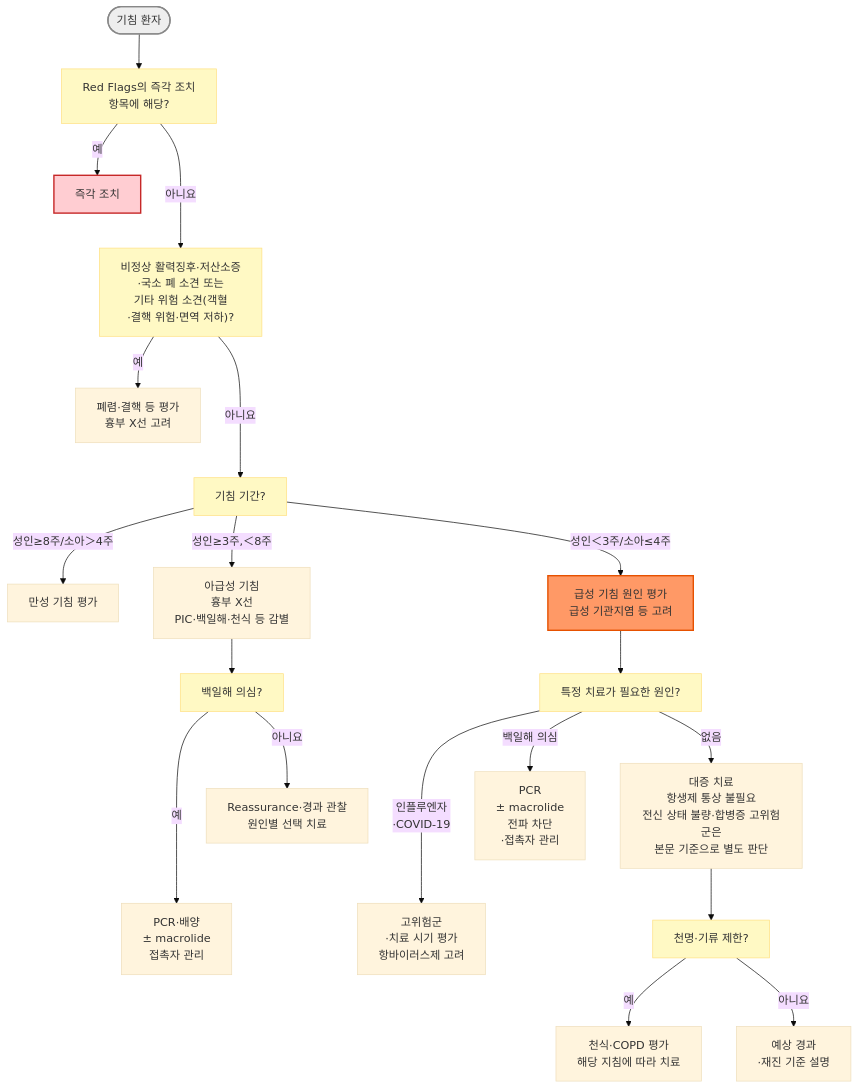
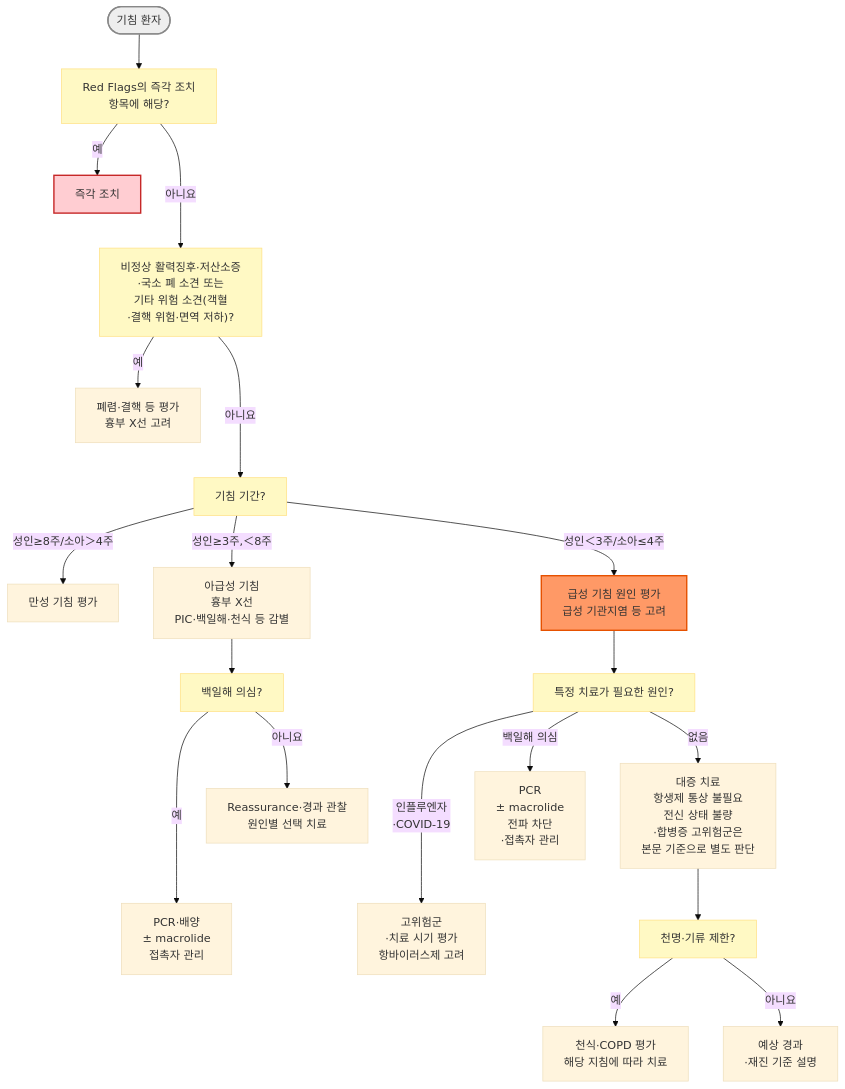
Before and after one commit to familyoh77/familyoh77: the diagram in 223_/066_-acute-bronchitis.md, drawn with Mermaid (base theme). The commit also changed other lines of this file, not shown here.

````diff
--- a/223_/066_-acute-bronchitis.md
+++ b/223_/066_-acute-bronchitis.md
@@ -111,26 +111,26 @@
 ```mermaid
 flowchart TD
     A(["기침 환자"]) --> B["Red Flags의 즉각 조치<br/>항목에 해당?"]
     B -- "예" --> C["즉각 조치"]
     B -- "아니요" ---> D["비정상 활력징후·저산소증<br/>·국소 폐 소견 또는 <br/>기타 위험 소견(객혈<br/>·결핵 위험·면역 저하)?"]
     D -- "예" --> E["폐렴·결핵 등 평가<br/>흉부 X선 고려"]
     D -- "아니요" ---> F["기침 기간?"]
     F -- "성인≥8주/소아＞4주" --> CC["만성 기침 평가"]
     F -- "성인≥3주,＜8주" --> PIC["아급성 기침<br/>흉부 X선<br/>PIC·백일해·천식 등 감별"]
     F -- "성인＜3주/소아≤4주" --> G["급성 기침 원인 평가<br/>급성 기관지염 등 고려"]
     PIC --> PH["백일해 의심?"]
     PH -- "예" ---> P2["PCR·배양 <br/>± macrolide<br/>접촉자 관리"]
     PH -- "아니요" --> PIC2["Reassurance·경과 관찰<br/>원인별 선택 치료"]
     G --> H["특정 치료가 필요한 원인?"]
     H -- "인플루엔자<br/>·COVID-19" ---> AV["고위험군<br/>·치료 시기 평가<br/>항바이러스제 고려"]
     H -- "백일해 의심" --> P["PCR <br/>± macrolide<br/>전파 차단<br/>·접촉자 관리"]
-    H -- "없음" --> SUP["대증 치료<br/>항생제 통상 불필요<br/>전신 상태 불량·합병증 고위험군은<br/>본문 기준으로 별도 판단"]
+    H -- "없음" --> SUP["대증 치료<br/>항생제 통상 불필요<br/>전신 상태 불량<br/>·합병증 고위험군은<br/>본문 기준으로 별도 판단"]
     SUP --> SX["천명·기류 제한?"]
     SX -- "예" --> AIR["천식·COPD 평가<br/>해당 지침에 따라 치료"]
     SX -- "아니요" --> FU["예상 경과<br/>·재진 기준 설명"]
     classDef question fill:#fff9c4,stroke:#ffe082
     class B,D,F,H,SX,PH question
     style A fill:#eeeeee,stroke:#888888,stroke-width:2px
     style G fill:#f96,stroke:#e65100,stroke-width:2px
     style C fill:#ffcdd2,stroke:#c62828,stroke-width:2px
 ```
````
